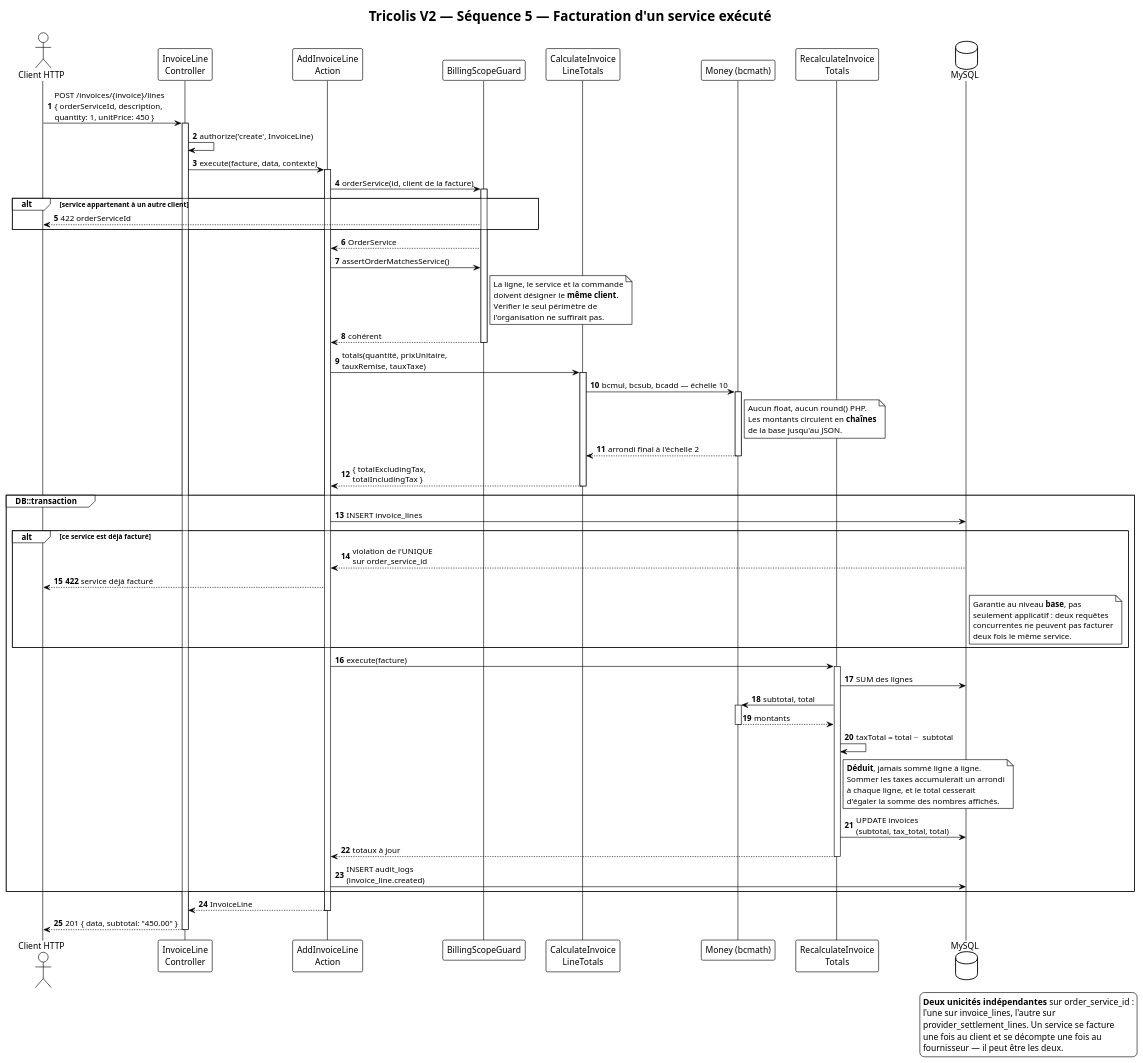
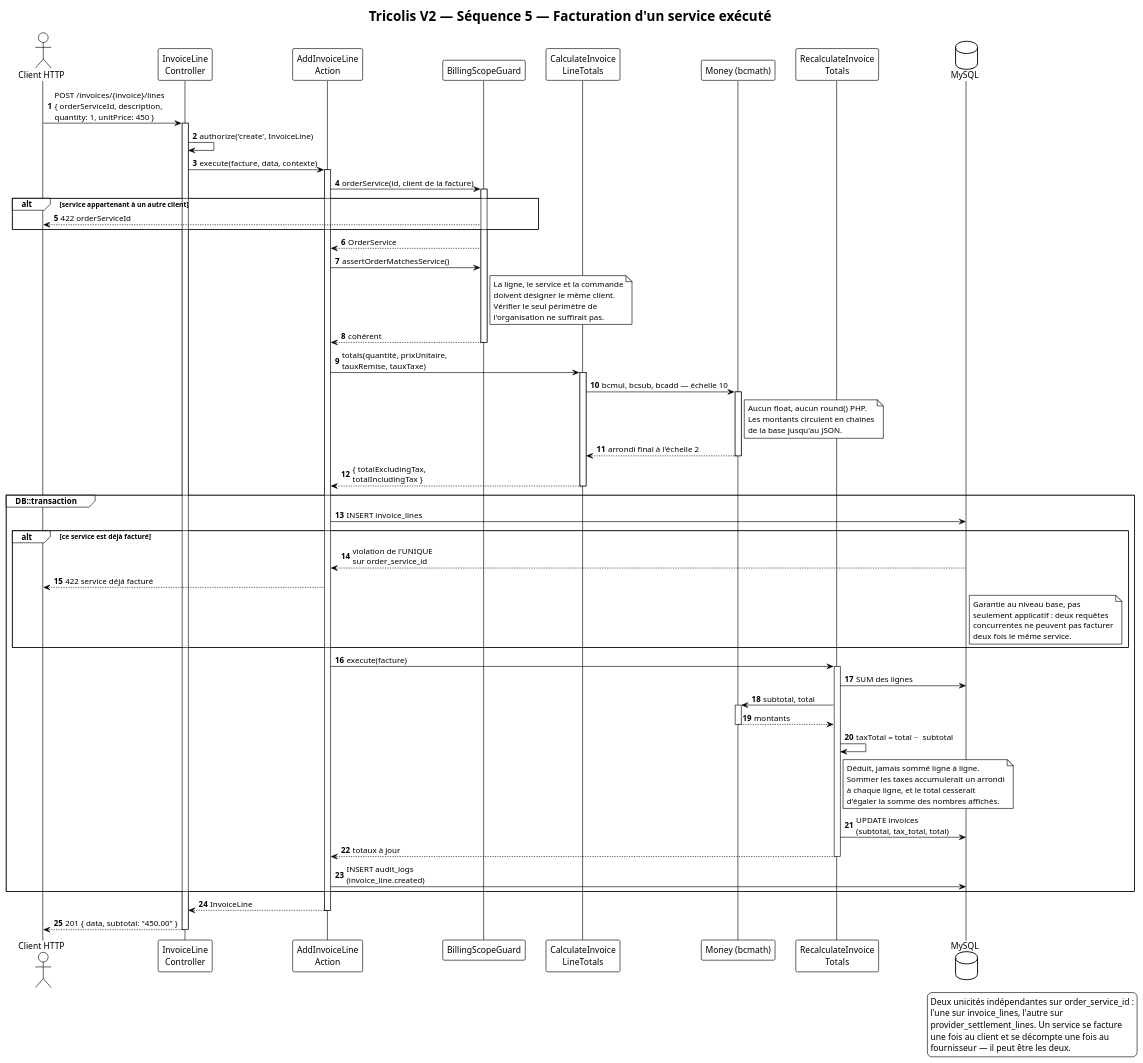
Before and after one commit to bouaichiDev/TricolisWeb: the diagram in Conception/diagramme/sequence-5-facturation-service.puml, drawn with PlantUML. The commit also changed 5 other files, not shown here.

First line of the commit message:
docs: corriger le rendu et le vocabulaire des diagrammes de sequence

```diff
--- a/Conception/diagramme/sequence-5-facturation-service.puml
+++ b/Conception/diagramme/sequence-5-facturation-service.puml
@@ -1,109 +1,109 @@
 @startuml
 !theme plain
 skinparam shadowing false
 skinparam sequenceMessageAlign left
 skinparam responseMessageBelowArrow true
 skinparam maxMessageSize 220
 skinparam ParticipantPadding 12
 skinparam BoxPadding 12
 
 title Tricolis V2 — Séquence 5 — Facturation d'un service exécuté
 
 actor "Client HTTP" as U
 participant "InvoiceLine\nController" as C
 participant "AddInvoiceLine\nAction" as A
 participant "BillingScopeGuard" as G
 participant "CalculateInvoice\nLineTotals" as CA
 participant "Money (bcmath)" as M
 participant "RecalculateInvoice\nTotals" as T
 database "MySQL" as DB
 
 autonumber
 
 U -> C : POST /invoices/{invoice}/lines\n{ orderServiceId, description,\nquantity: 1, unitPrice: 450 }
 activate C
 
 C -> C : authorize('create', InvoiceLine)
 C -> A : execute(facture, data, contexte)
 activate A
 
 A -> G : orderService(id, client de la facture)
 activate G
 alt service appartenant à un autre client
   G --> U : 422 orderServiceId
 end
 G --> A : OrderService
 A -> G : assertOrderMatchesService()
 note right of G
   La ligne, le service et la commande
-  doivent désigner le **même client**.
+  doivent désigner le même client.
   Vérifier le seul périmètre de
   l'organisation ne suffirait pas.
 end note
 G --> A : cohérent
 deactivate G
 
 A -> CA : totals(quantité, prixUnitaire,\ntauxRemise, tauxTaxe)
 activate CA
 CA -> M : bcmul, bcsub, bcadd — échelle 10
 activate M
 note right of M
   Aucun float, aucun round() PHP.
-  Les montants circulent en **chaînes**
+  Les montants circulent en chaînes
   de la base jusqu'au JSON.
 end note
 M --> CA : arrondi final à l'échelle 2
 deactivate M
 CA --> A : { totalExcludingTax,\ntotalIncludingTax }
 deactivate CA
 
 group DB::transaction
 
   A -> DB : INSERT invoice_lines
   alt ce service est déjà facturé
     DB --> A : violation de l'UNIQUE\nsur order_service_id
-    A --> U : **422** service déjà facturé
+    A --> U : 422 service déjà facturé
     note right of DB
-      Garantie au niveau **base**, pas
+      Garantie au niveau base, pas
       seulement applicatif : deux requêtes
       concurrentes ne peuvent pas facturer
       deux fois le même service.
     end note
   end
 
   A -> T : execute(facture)
   activate T
   T -> DB : SUM des lignes
   T -> M : subtotal, total
   activate M
   M --> T : montants
   deactivate M
   T -> T : taxTotal = total − subtotal
   note right of T
-    **Déduit**, jamais sommé ligne à ligne.
+    Déduit, jamais sommé ligne à ligne.
     Sommer les taxes accumulerait un arrondi
     à chaque ligne, et le total cesserait
     d'égaler la somme des nombres affichés.
   end note
   T -> DB : UPDATE invoices\n(subtotal, tax_total, total)
   T --> A : totaux à jour
   deactivate T
 
   A -> DB : INSERT audit_logs\n(invoice_line.created)
 
 end
 
 A --> C : InvoiceLine
 deactivate A
 C --> U : 201 { data, subtotal: "450.00" }
 deactivate C
 
 legend right
-  **Deux unicités indépendantes** sur order_service_id :
+  Deux unicités indépendantes sur order_service_id :
   l'une sur invoice_lines, l'autre sur
   provider_settlement_lines. Un service se facture
   une fois au client et se décompte une fois au
   fournisseur — il peut être les deux.
 end legend
 
 @enduml
```
